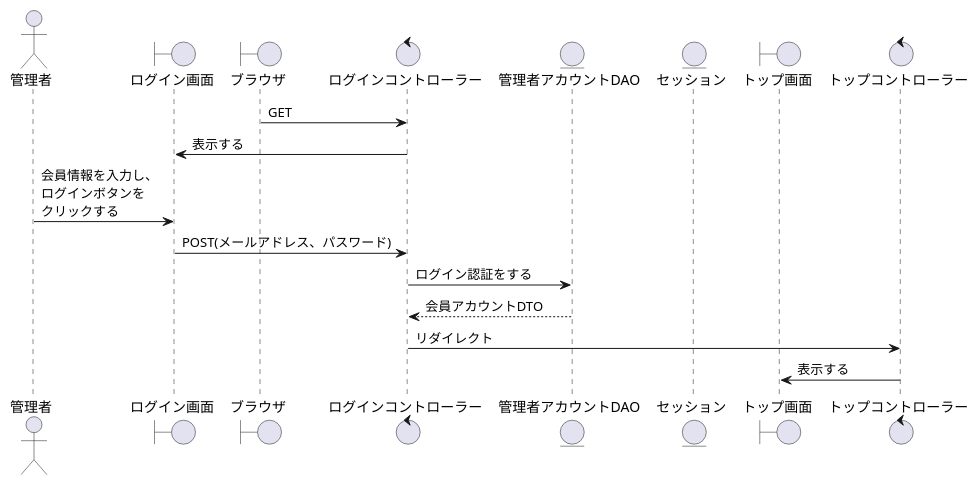
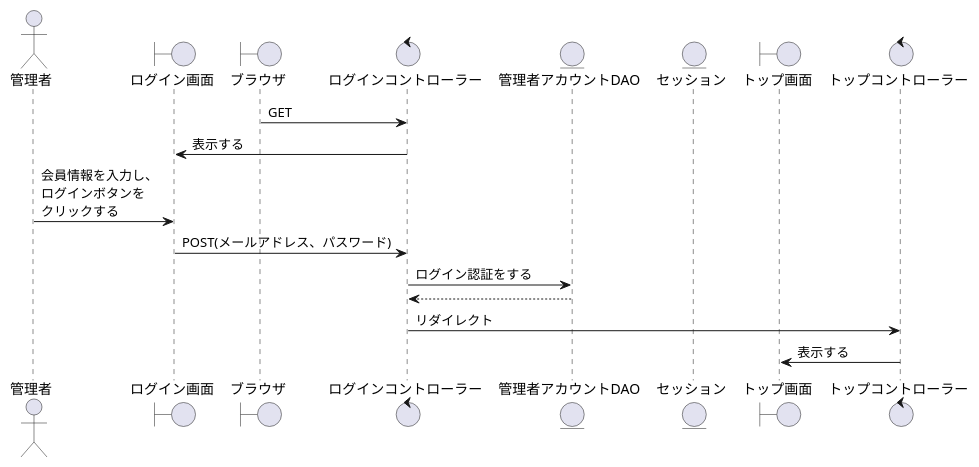
One commit to SK-B-S/PJ changed the diagram in PJ_シーケンス/管理者/ログイン.wsd. Above: the diagram before and after it, drawn with PlantUML. The commit also changed 13 other files, not shown here.

```diff
--- a/PJ_シーケンス/管理者/ログイン.wsd
+++ b/PJ_シーケンス/管理者/ログイン.wsd
@@ -1,23 +1,23 @@
 @startuml ログイン
 
 actor    "管理者" as act
 boundary "ログイン画面" as Login
 boundary "ブラウザ" as brz
 control  "ログインコントローラー" as Approval_c
 entity   "管理者アカウントDAO" as Account
 entity   "セッション" as sessyon
 boundary "トップ画面" as Top
 control  "トップコントローラー" as Completion_c
 
 '-------------------------------------------------------------------------------------------
 
 brz -> Approval_c : GET
 Login <- Approval_c : 表示する
 act -> Login : 会員情報を入力し、\nログインボタンを\nクリックする
 Login -> Approval_c : POST(メールアドレス、パスワード)
 Approval_c -> Account : ログイン認証をする
-Approval_c <-- Account :会員アカウントDTO
+Approval_c <-- Account
 Approval_c -> Completion_c : リダイレクト
 Completion_c -> Top : 表示する
 
 @enduml
```
